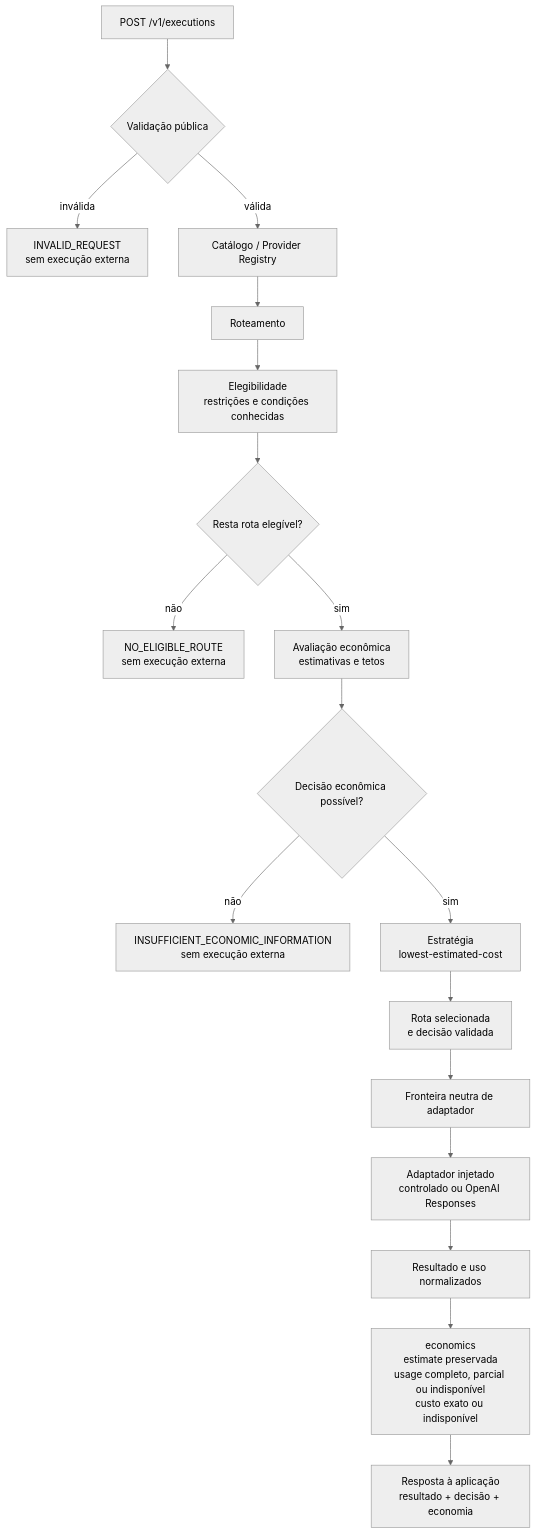
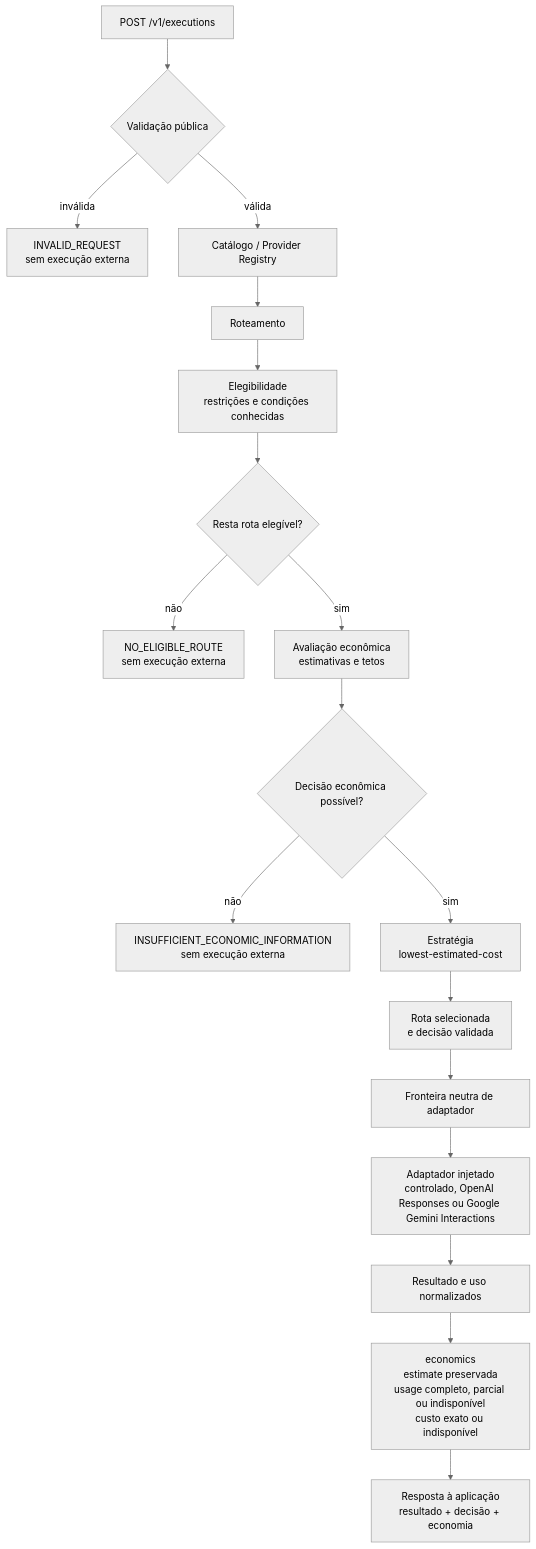
One commit to hallanbrito/maestro-router changed the diagram in docs/maps/SYSTEM-MAP.md. Above: the diagram before and after it, drawn with Mermaid (neutral theme). The commit also changed other lines of this file and 12 other files, not shown here.

First line of the commit message:
feat(google): implement Google Gemini Interactions API stateless adapter (#28) (#30)

````diff
--- a/docs/maps/SYSTEM-MAP.md
+++ b/docs/maps/SYSTEM-MAP.md
@@ -5,20 +5,20 @@
 ```mermaid
 flowchart TD
     A["POST /v1/executions"] --> B{"Validação pública"}
     B -->|inválida| X["INVALID_REQUEST<br/>sem execução externa"]
     B -->|válida| C["Catálogo / Provider Registry"]
     C --> D["Roteamento"]
     D --> E["Elegibilidade<br/>restrições e condições conhecidas"]
     E --> F{"Resta rota elegível?"}
     F -->|não| R1["NO_ELIGIBLE_ROUTE<br/>sem execução externa"]
     F -->|sim| G["Avaliação econômica<br/>estimativas e tetos"]
     G --> H{"Decisão econômica possível?"}
     H -->|não| R2["INSUFFICIENT_ECONOMIC_INFORMATION<br/>sem execução externa"]
     H -->|sim| I["Estratégia<br/>lowest-estimated-cost"]
     I --> J["Rota selecionada<br/>e decisão validada"]
     J --> K["Fronteira neutra de adaptador"]
-    K --> L["Adaptador injetado<br/>controlado ou OpenAI Responses"]
+    K --> L["Adaptador injetado<br/>controlado, OpenAI Responses ou Google Gemini Interactions"]
     L --> M["Resultado e uso normalizados"]
     M --> N["economics<br/>estimate preservada<br/>usage completo, parcial ou indisponível<br/>custo exato ou indisponível"]
     N --> O["Resposta à aplicação<br/>resultado + decisão + economia"]
 ```
````
